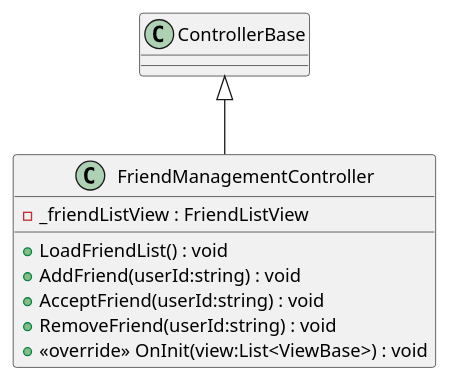
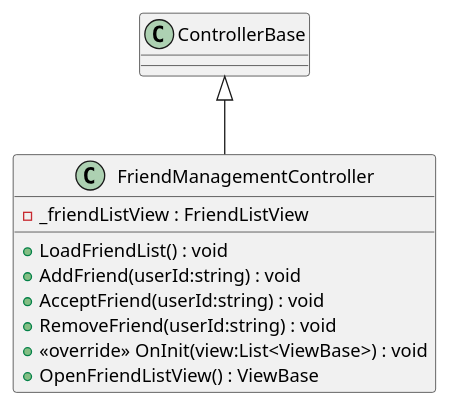
Before and after one commit to cutehusky/VirtualChat3D: the diagram in src/Assets/Scripts/Core/FriendModule/puml/Controller/FriendManagementController.puml, drawn with PlantUML. The commit also changed 101 other files, not shown here.

First line of the commit message:
update framework and create uml for OnlineRuntimeModule

```diff
--- a/src/Assets/Scripts/Core/FriendModule/puml/Controller/FriendManagementController.puml
+++ b/src/Assets/Scripts/Core/FriendModule/puml/Controller/FriendManagementController.puml
@@ -1,11 +1,12 @@
 @startuml
 class FriendManagementController {
     - _friendListView : FriendListView
     + LoadFriendList() : void
     + AddFriend(userId:string) : void
     + AcceptFriend(userId:string) : void
     + RemoveFriend(userId:string) : void
     + <<override>> OnInit(view:List<ViewBase>) : void
+    + OpenFriendListView() : ViewBase
 }
 ControllerBase <|-- FriendManagementController
 @enduml
```
